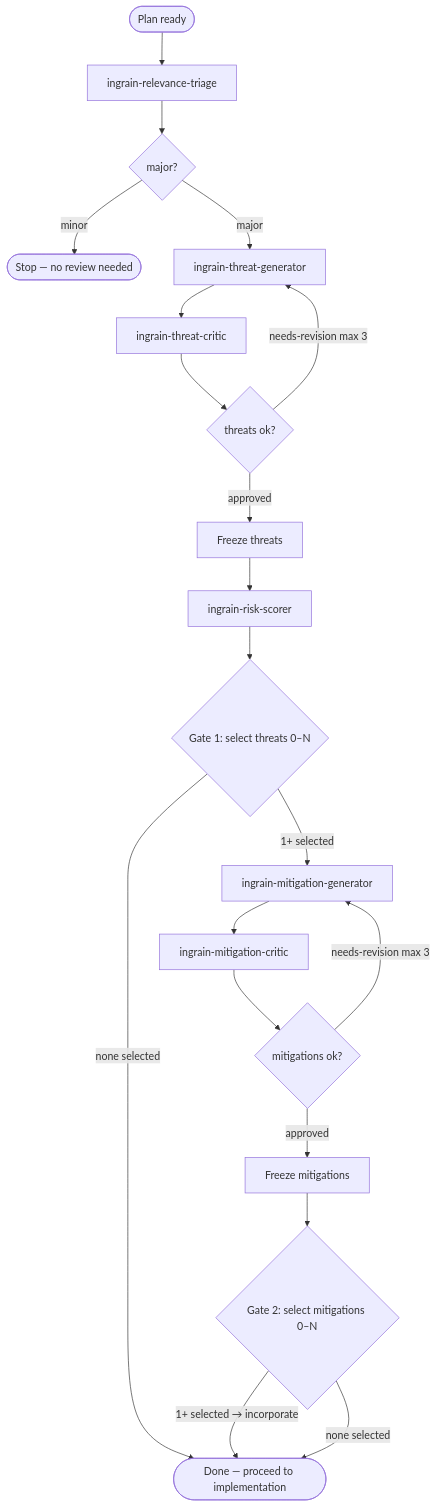
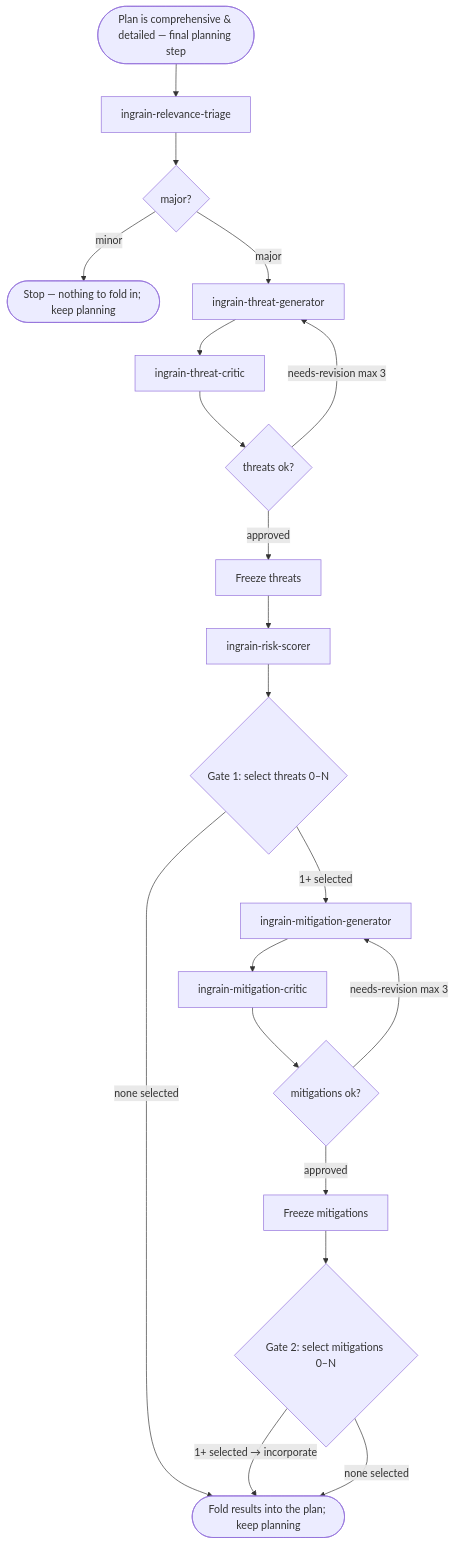
Before and after one commit to ingrainlabs/ingrain-security: the diagram in skills/ingrain-security/SKILL.md, drawn with Mermaid. The commit also changed other lines of this file and 2 other files, not shown here.

````diff
--- a/skills/ingrain-security/SKILL.md
+++ b/skills/ingrain-security/SKILL.md
@@ -89,26 +97,26 @@
 ```mermaid
 flowchart TD
-    planReady([Plan ready]) --> triage[ingrain-relevance-triage]
+    planning([Plan is comprehensive & detailed — final planning step]) --> triage[ingrain-relevance-triage]
     triage --> majorQ{major?}
-    majorQ -->|minor| stop([Stop — no review needed])
+    majorQ -->|minor| stop([Stop — nothing to fold in; keep planning])
     majorQ -->|major| threatGen[ingrain-threat-generator]
 
     threatGen --> threatCritic[ingrain-threat-critic]
     threatCritic --> threatsOk{threats ok?}
     threatsOk -->|needs-revision max 3| threatGen
     threatsOk -->|approved| freezeThreats[Freeze threats]
 
     freezeThreats --> riskScorer[ingrain-risk-scorer]
     riskScorer --> gate1{Gate 1: select threats 0–N}
-    gate1 -->|none selected| done([Done — proceed to implementation])
+    gate1 -->|none selected| done([Fold results into the plan; keep planning])
     gate1 -->|1+ selected| mitGen[ingrain-mitigation-generator]
 
     mitGen --> mitCritic[ingrain-mitigation-critic]
     mitCritic --> mitsOk{mitigations ok?}
     mitsOk -->|needs-revision max 3| mitGen
     mitsOk -->|approved| freezeMits[Freeze mitigations]
 
     freezeMits --> gate2{Gate 2: select mitigations 0–N}
     gate2 -->|1+ selected → incorporate| done
     gate2 -->|none selected| done
 ```
````
